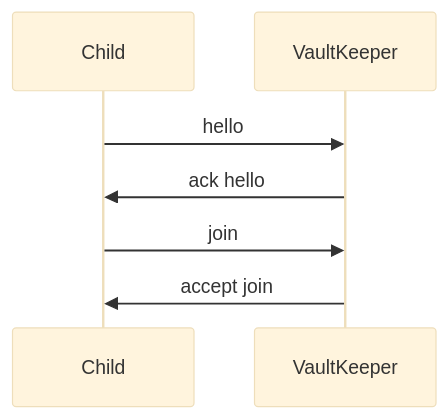
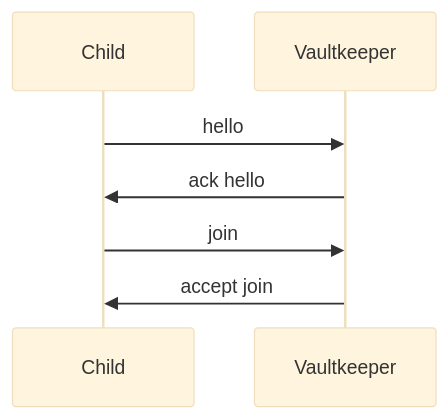
Before and after one commit to rflandau/Orv: the first of 3 diagrams in README.md, drawn with Mermaid (base theme). The commit also changed other lines of this file and 11 other files, not shown here.

Commit message:
update README and client request diagrams

````diff
--- a/README.md
+++ b/README.md
@@ -149,7 +151,7 @@
 ```mermaid
 sequenceDiagram
-    Child->>VaultKeeper: hello
-    VaultKeeper->>Child: ack hello
-    Child->>VaultKeeper: join
-    VaultKeeper->>Child: accept join
+    Child->>Vaultkeeper: hello
+    Vaultkeeper->>Child: ack hello
+    Child->>Vaultkeeper: join
+    Vaultkeeper->>Child: accept join
 ```
````
